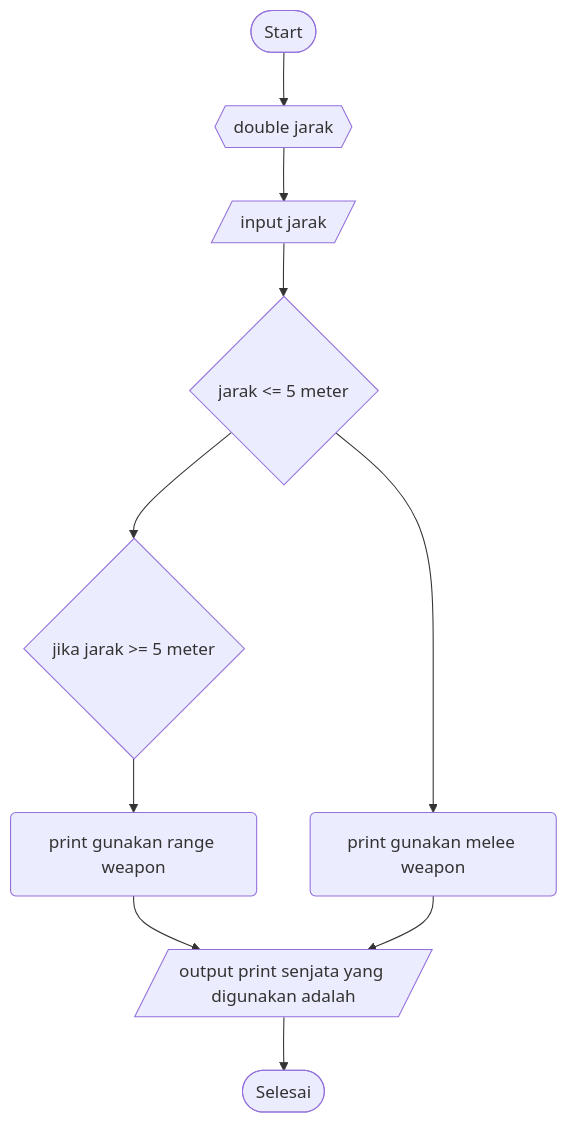
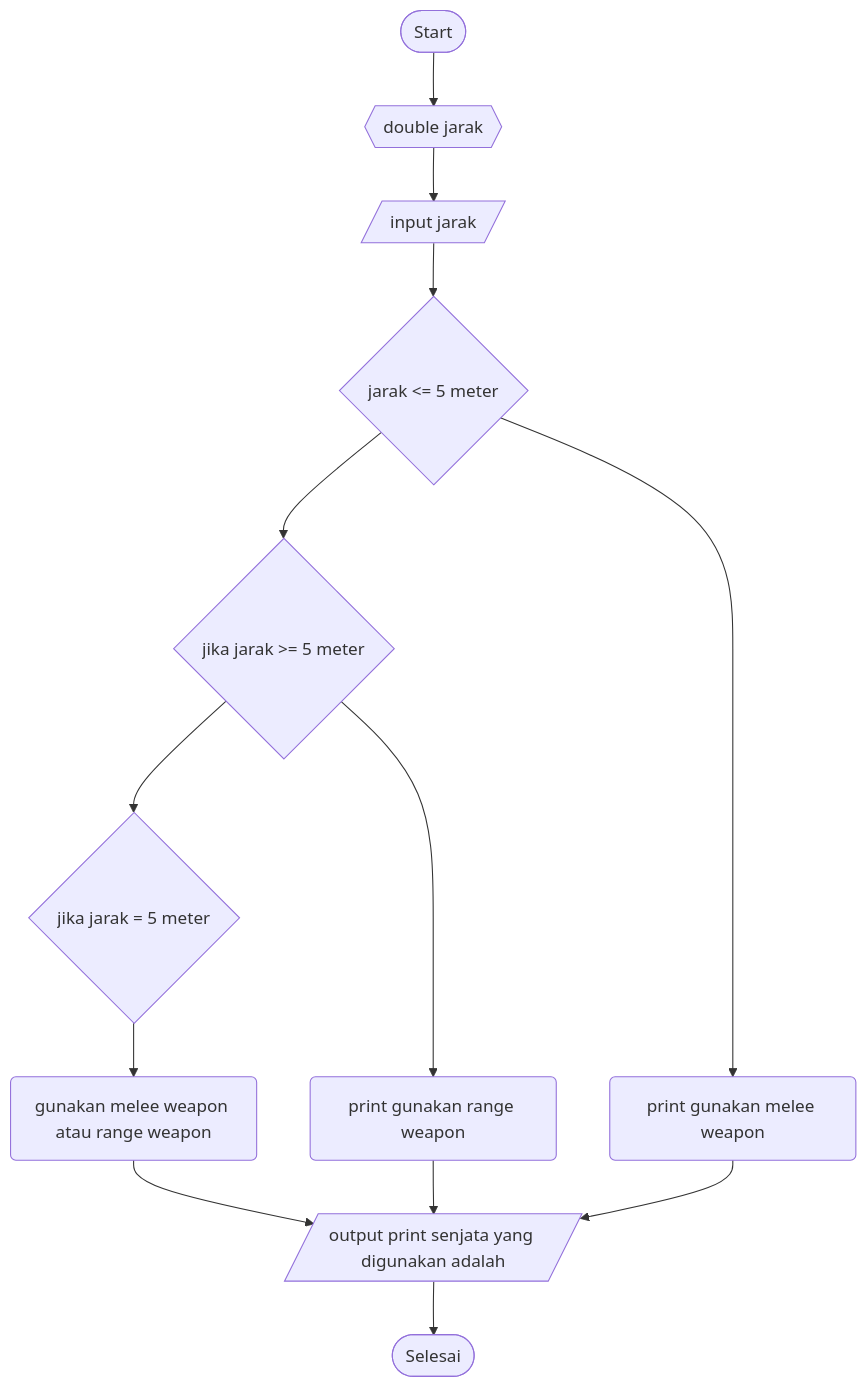
The diagram in JustForFun.md (SATRIODIANNUGROHO/Sample2.1), drawn with Mermaid before and after one commit.

````diff
--- a/JustForFun.md
+++ b/JustForFun.md
@@ -3,12 +3,15 @@
 ```mermaid
 graph TD;
     A([Start])-->B{{double jarak}};
     B{{double jarak}}-->C[/input jarak/];
     C[/input jarak/]-->D{jarak kurang dari 5 meter};
     D{jarak <= 5 meter}-->E(print gunakan melee weapon);
     D{jarak <= 5 meter}-->F{jika jarak >= 5 meter};
     F{jika jarak >= 5 meter}-->G(print gunakan range weapon);
+    F{jika jarak >= 5 meter}-->J{jika jarak = 5 meter};
+    J{jika jarak = 5 meter}-->K(gunakan melee weapon atau range weapon);
+    K(gunakan melee weapon atau range weapon)-->H[/output print senjata yang digunakan adalah/];
     G(print gunakan range weapon)-->H[/output print senjata yang digunakan adalah/];
     E(print gunakan melee weapon)-->H[/output print senjata yang digunakan adalah/];
     H[/output print senjata yang digunakan adalah/]-->I([Selesai]);
 ```
````
